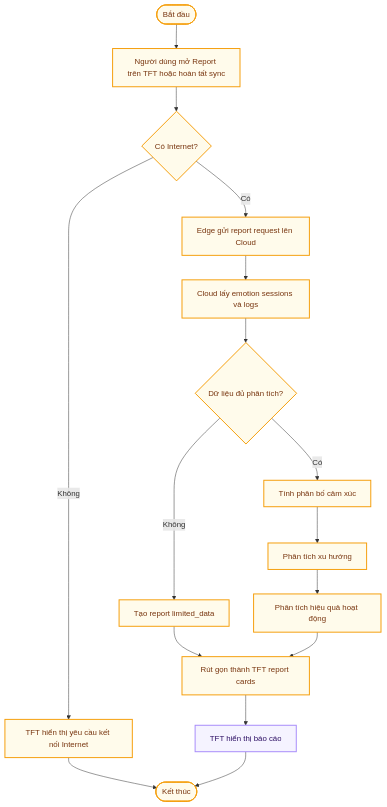
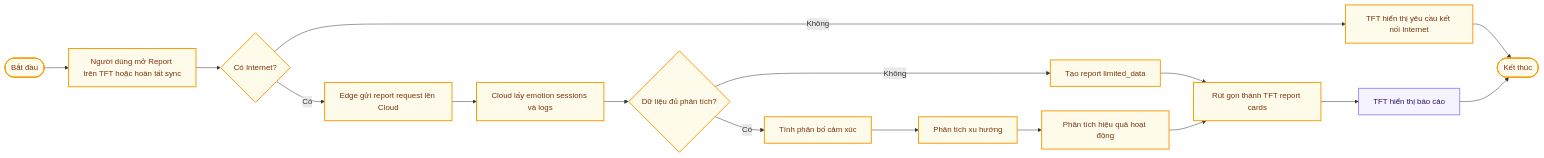
One commit to Computer-Vision-HCMUS/AIoT-Server changed the sixth of 6 diagrams in docs/Spectification/EmotiCareAIoT/03_Objectives.md. Above: the diagram before and after it, drawn with Mermaid. The commit also changed other lines of this file and 19 other files, not shown here.

First line of the commit message:
Refactor EmotiCare AIoT schema and documentation

````diff
--- a/docs/Spectification/EmotiCareAIoT/03_Objectives.md
+++ b/docs/Spectification/EmotiCareAIoT/03_Objectives.md
@@ -429,34 +448,34 @@
 ```mermaid
-flowchart TD
+flowchart LR
     Start([Bắt đầu])
     Trigger["Người dùng mở Report trên TFT hoặc hoàn tất sync"]
     Online{"Có Internet?"}
     NeedNet["TFT hiển thị yêu cầu kết nối Internet"]
     Request["Edge gửi report request lên Cloud"]
     Load["Cloud lấy emotion sessions và logs"]
     Enough{"Dữ liệu đủ phân tích?"}
     Limited["Tạo report limited_data"]
     Aggregate["Tính phân bố cảm xúc"]
     Trend["Phân tích xu hướng"]
     Effect["Phân tích hiệu quả hoạt động"]
     Compact["Rút gọn thành TFT report cards"]
     Display["TFT hiển thị báo cáo"]
     End([Kết thúc])
 
     Start --> Trigger --> Online
     Online -- "Không" --> NeedNet --> End
     Online -- "Có" --> Request --> Load --> Enough
     Enough -- "Không" --> Limited --> Compact
     Enough -- "Có" --> Aggregate --> Trend --> Effect --> Compact
     Compact --> Display --> End
 
 
     classDef userNode stroke:#818cf8,fill:#eef2ff,stroke-width:2px,color:#1e1b4b
     classDef edgeNode stroke:#a78bfa,fill:#f5f3ff,stroke-width:2px,color:#2e1065
     classDef cacheNode stroke:#2dd4bf,fill:#f0fdfa,stroke-width:2px,color:#0d5a57
     classDef cloudNode stroke:#38bdf8,fill:#f0f9ff,stroke-width:2px,color:#0c3d67
     classDef serviceNode stroke:#4ade80,fill:#f0fdf4,stroke-width:2px,color:#1a3a1a
     classDef actionNode stroke:#f59e0b,fill:#fffbeb,stroke-width:2px,color:#78350f
     class Display edgeNode
     class Start,Trigger,Online,NeedNet,Request,Load,Enough,Limited,Aggregate,Trend,Effect,Compact,End actionNode
 ```
````
